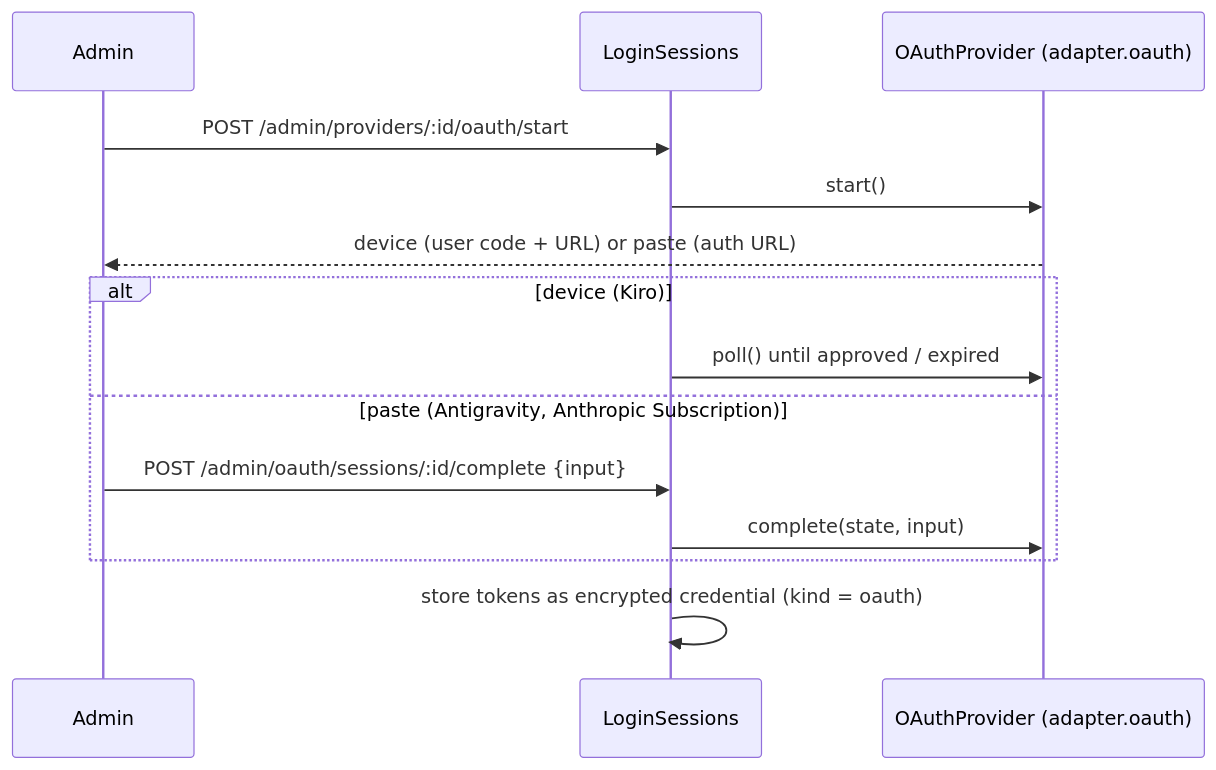
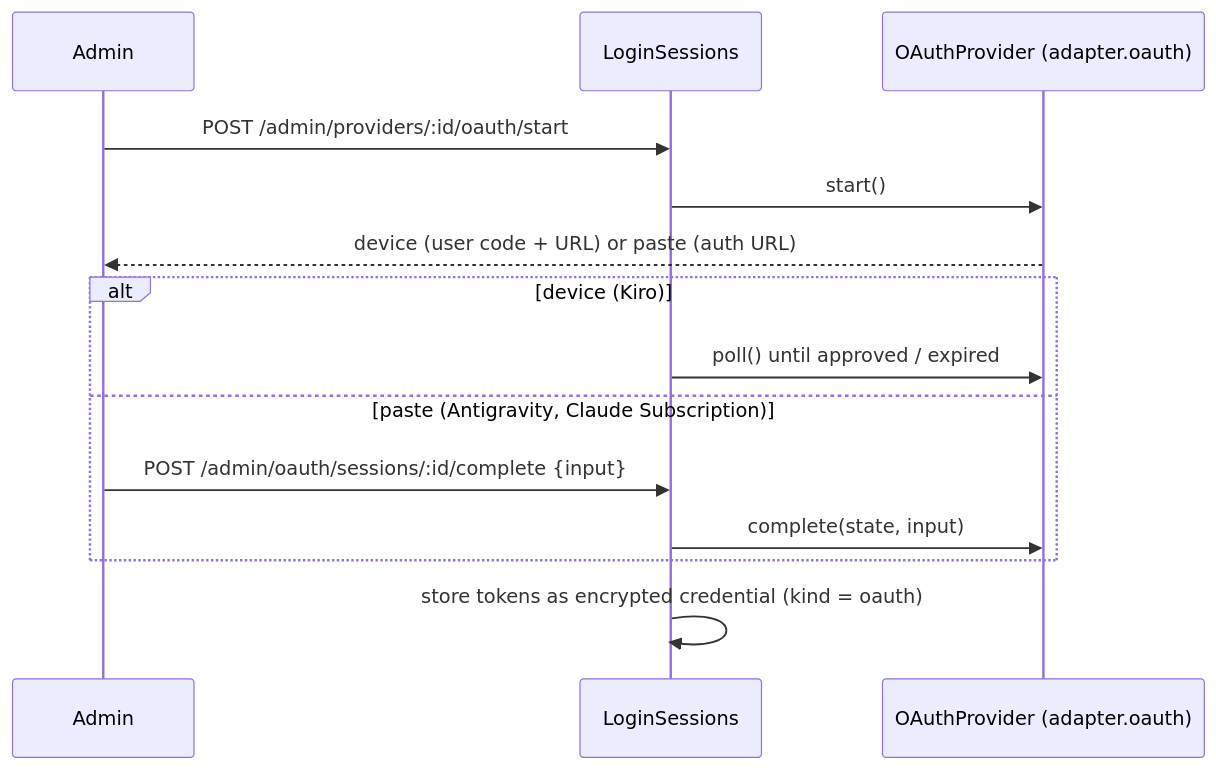
One commit to pp-techs/pp-ai-router changed the diagram in docs/architecture/provider-adapters.md. Above: the diagram before and after it, drawn with Mermaid. The commit also changed other lines of this file and 38 other files, not shown here.

Commit message:
feat(server): add chatgpt-subscription, rename claude-subscription, sync with opencodex v2.83.0-251 and omp

````diff
--- a/docs/architecture/provider-adapters.md
+++ b/docs/architecture/provider-adapters.md
@@ -32,16 +33,16 @@
 ```mermaid
 sequenceDiagram
   participant Admin
   participant LS as LoginSessions
   participant OP as OAuthProvider (adapter.oauth)
   Admin->>LS: POST /admin/providers/:id/oauth/start
   LS->>OP: start()
   OP-->>Admin: device (user code + URL) or paste (auth URL)
   alt device (Kiro)
     LS->>OP: poll() until approved / expired
-  else paste (Antigravity, Anthropic Subscription)
+  else paste (Antigravity, Claude Subscription)
     Admin->>LS: POST /admin/oauth/sessions/:id/complete {input}
     LS->>OP: complete(state, input)
   end
   LS->>LS: store tokens as encrypted credential (kind = oauth)
 ```
````
